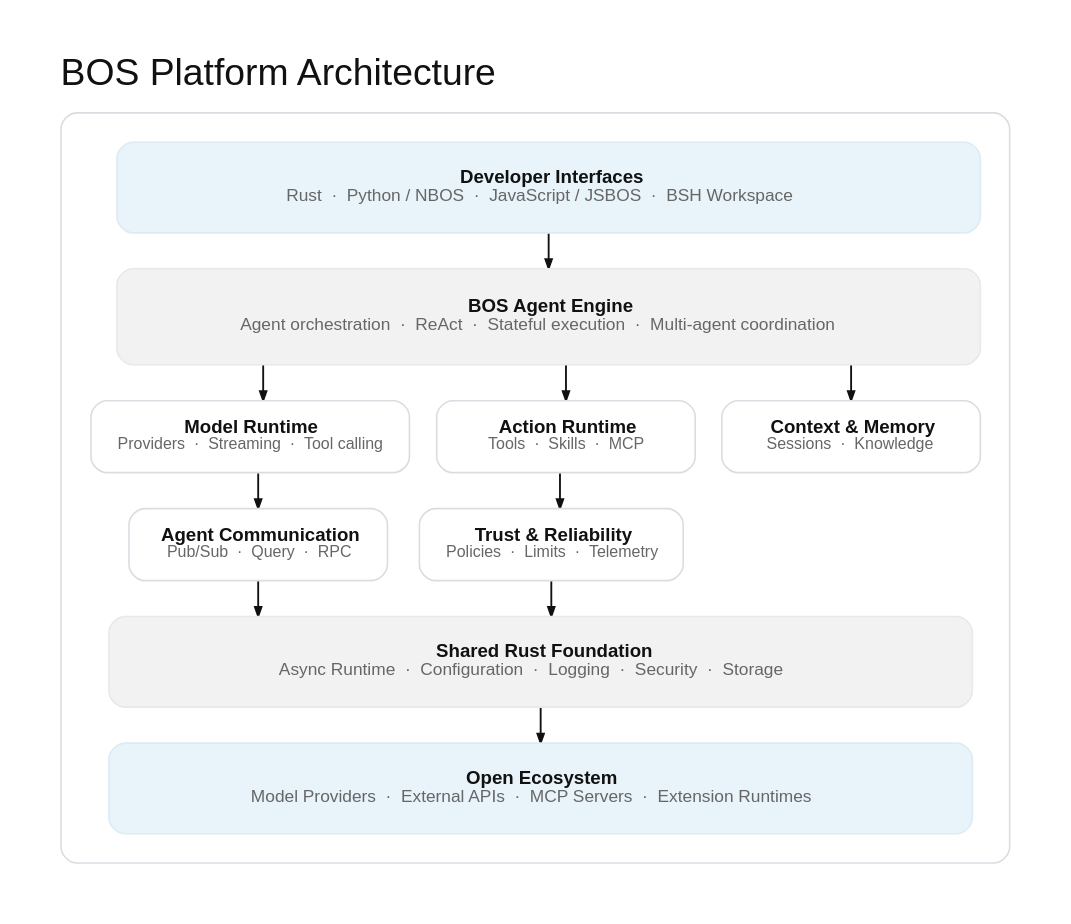
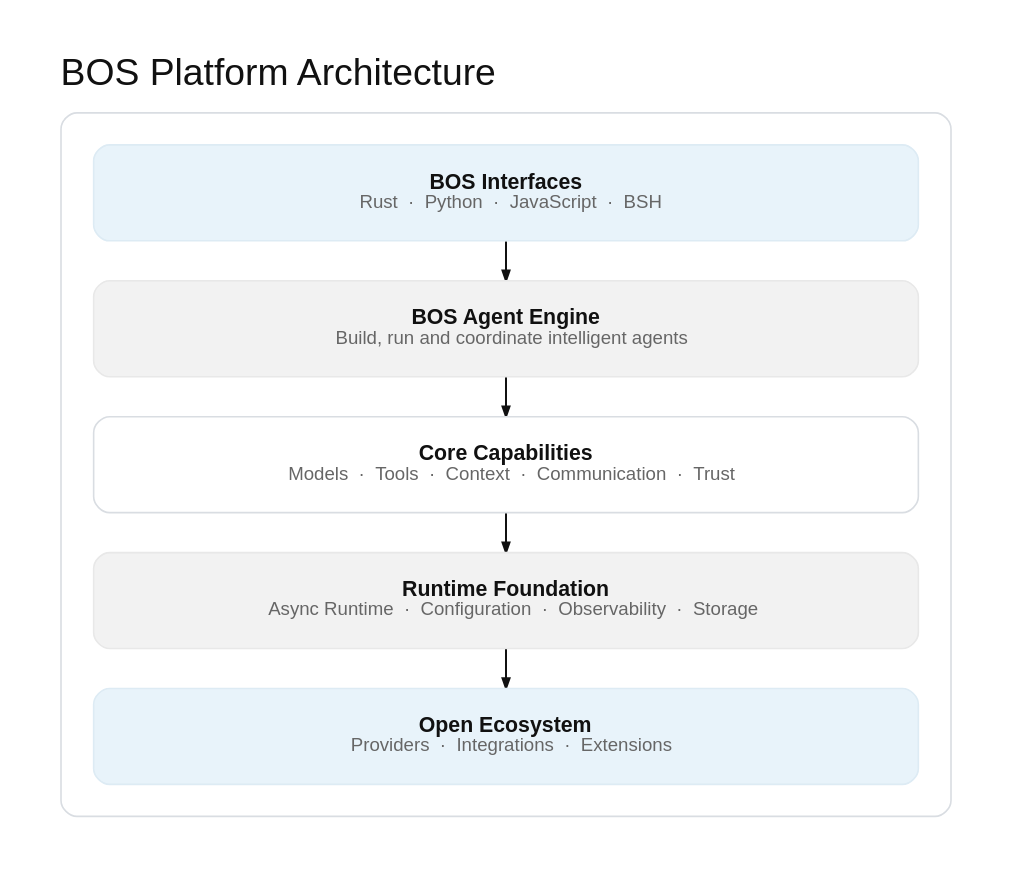
Before and after one commit to open1s/bos: the diagram in docs/diagrams/bos-architecture.dot, drawn with Graphviz. The commit also changed 2 other files, not shown here.

Commit message:
Docs/coarse grained architecture diagrams (#86)
* docs: simplify architecture diagram abstraction levels

* docs: simplify architecture diagram abstraction levels

* docs: simplify architecture diagram abstraction levels

```diff
--- a/docs/diagrams/bos-architecture.dot
+++ b/docs/diagrams/bos-architecture.dot
@@ -1,54 +1,41 @@
 digraph BOS {
   graph [
-    bgcolor="#FFFFFF", pad="0.42", rankdir=TB, nodesep="0.28", ranksep="0.38",
+    bgcolor="#FFFFFF", pad="0.42", rankdir=TB, nodesep="0.28", ranksep="0.42",
     splines=ortho, outputorder=edgesfirst, fontname="Arial",
     label="BOS Platform Architecture", labelloc=t, labeljust=l,
     fontsize=28, fontcolor="#111111"
   ];
   node [
     shape=box, style="rounded,filled", fontname="Arial",
-    fontsize=14, margin="0.28,0.20", color="#D9DDE2",
+    fontsize=16, margin="0.32,0.24", color="#D9DDE2",
     fillcolor="#FFFFFF", fontcolor="#111111", penwidth=1.2
   ];
-  edge [color="#111111", penwidth=1.4, arrowsize=0.7];
+  edge [color="#111111", penwidth=1.5, arrowsize=0.75];
 
   subgraph cluster_bos {
-    label=""; color="#D9DDE2"; penwidth=1.2; style="rounded"; margin=22;
+    label=""; color="#D9DDE2"; penwidth=1.2; style="rounded"; margin=24;
 
     interfaces [
-      label=<<B>Developer Interfaces</B><BR/><FONT POINT-SIZE="13" COLOR="#666666">Rust  ·  Python / NBOS  ·  JavaScript / JSBOS  ·  BSH Workspace</FONT>>,
-      fillcolor="#E8F3FA", color="#DDEBF4", width=9.0, height=0.95
+      label=<<B>BOS Interfaces</B><BR/><FONT POINT-SIZE="14" COLOR="#666666">Rust  ·  Python  ·  JavaScript  ·  BSH</FONT>>,
+      fillcolor="#E8F3FA", color="#DDEBF4", width=8.6, height=1.0
     ];
-    agent [
-      label=<<B>BOS Agent Engine</B><BR/><FONT POINT-SIZE="13" COLOR="#666666">Agent orchestration  ·  ReAct  ·  Stateful execution  ·  Multi-agent coordination</FONT>>,
-      fillcolor="#F2F2F2", color="#E8E8E8", width=9.0, height=1.0
+    engine [
+      label=<<B>BOS Agent Engine</B><BR/><FONT POINT-SIZE="14" COLOR="#666666">Build, run and coordinate intelligent agents</FONT>>,
+      fillcolor="#F2F2F2", color="#E8E8E8", width=8.6, height=1.0
+    ];
+    capabilities [
+      label=<<B>Core Capabilities</B><BR/><FONT POINT-SIZE="14" COLOR="#666666">Models  ·  Tools  ·  Context  ·  Communication  ·  Trust</FONT>>,
+      width=8.6, height=1.0
+    ];
+    foundation [
+      label=<<B>Runtime Foundation</B><BR/><FONT POINT-SIZE="14" COLOR="#666666">Async Runtime  ·  Configuration  ·  Observability  ·  Storage</FONT>>,
+      fillcolor="#F2F2F2", color="#E8E8E8", width=8.6, height=1.0
+    ];
+    ecosystem [
+      label=<<B>Open Ecosystem</B><BR/><FONT POINT-SIZE="14" COLOR="#666666">Providers  ·  Integrations  ·  Extensions</FONT>>,
+      fillcolor="#E8F3FA", color="#DDEBF4", width=8.6, height=1.0
     ];
 
-    models [label=<<B>Model Runtime</B><BR/><FONT POINT-SIZE="12" COLOR="#666666">Providers  ·  Streaming  ·  Tool calling</FONT>>, width=2.7];
-    tools [label=<<B>Action Runtime</B><BR/><FONT POINT-SIZE="12" COLOR="#666666">Tools  ·  Skills  ·  MCP</FONT>>, width=2.7];
-    context [label=<<B>Context &amp; Memory</B><BR/><FONT POINT-SIZE="12" COLOR="#666666">Sessions  ·  Knowledge</FONT>>, width=2.7];
-    events [label=<<B>Agent Communication</B><BR/><FONT POINT-SIZE="12" COLOR="#666666">Pub/Sub  ·  Query  ·  RPC</FONT>>, width=2.7];
-    trust [label=<<B>Trust &amp; Reliability</B><BR/><FONT POINT-SIZE="12" COLOR="#666666">Policies  ·  Limits  ·  Telemetry</FONT>>, width=2.7];
-
-    foundation [
-      label=<<B>Shared Rust Foundation</B><BR/><FONT POINT-SIZE="13" COLOR="#666666">Async Runtime  ·  Configuration  ·  Logging  ·  Security  ·  Storage</FONT>>,
-      fillcolor="#F2F2F2", color="#E8E8E8", width=9.0, height=0.95
-    ];
-    ecosystem [
-      label=<<B>Open Ecosystem</B><BR/><FONT POINT-SIZE="13" COLOR="#666666">Model Providers  ·  External APIs  ·  MCP Servers  ·  Extension Runtimes</FONT>>,
-      fillcolor="#E8F3FA", color="#DDEBF4", width=9.0, height=0.95
-    ];
-
-    {rank=same; models; tools; context;}
-    {rank=same; events; trust;}
-    interfaces -> agent;
-    agent -> models;
-    agent -> tools;
-    agent -> context;
-    models -> events;
-    tools -> trust;
-    events -> foundation;
-    trust -> foundation;
-    foundation -> ecosystem;
+    interfaces -> engine -> capabilities -> foundation -> ecosystem;
   }
 }
```
